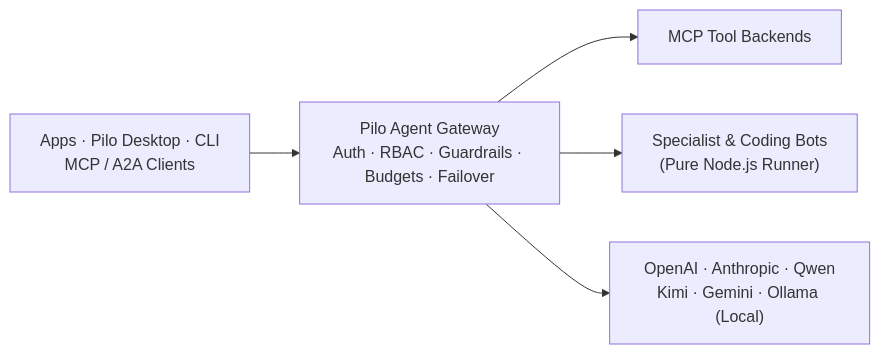
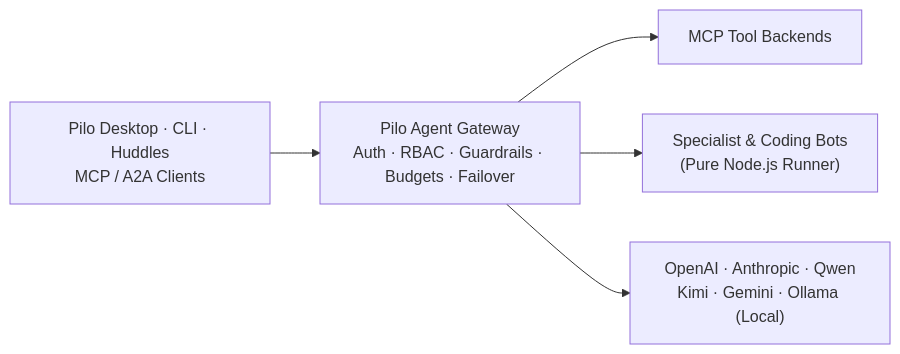
The diagram in README.md (iamcharlesb/pilo), drawn with Mermaid before and after one commit. The commit also changed other lines of this file, not shown here.

````diff
--- a/README.md
+++ b/README.md
@@ -26,7 +112,7 @@
 ```mermaid
 flowchart LR
-    C["Apps · Pilo Desktop · CLI\nMCP / A2A Clients"] --> GW["Pilo Agent Gateway\nAuth · RBAC · Guardrails · Budgets · Failover"]
+    C["Pilo Desktop · CLI · Huddles\nMCP / A2A Clients"] --> GW["Pilo Agent Gateway\nAuth · RBAC · Guardrails · Budgets · Failover"]
     GW --> MCP["MCP Tool Backends"]
     GW --> A2A["Specialist & Coding Bots\n(Pure Node.js Runner)"]
     GW --> LLM["OpenAI · Anthropic · Qwen\nKimi · Gemini · Ollama (Local)"]
 ```
````
